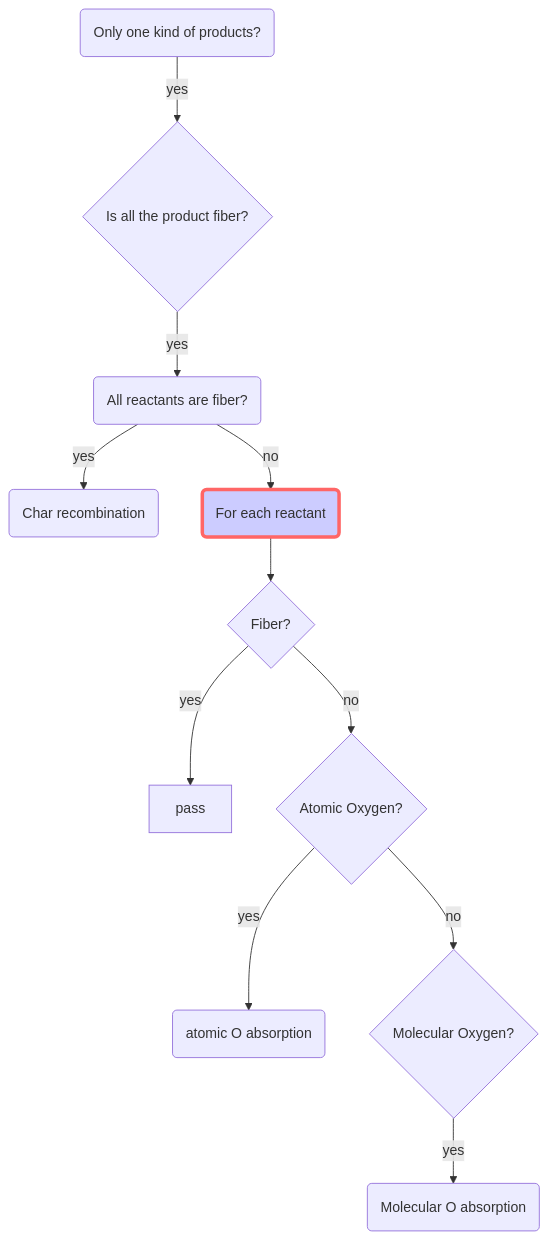
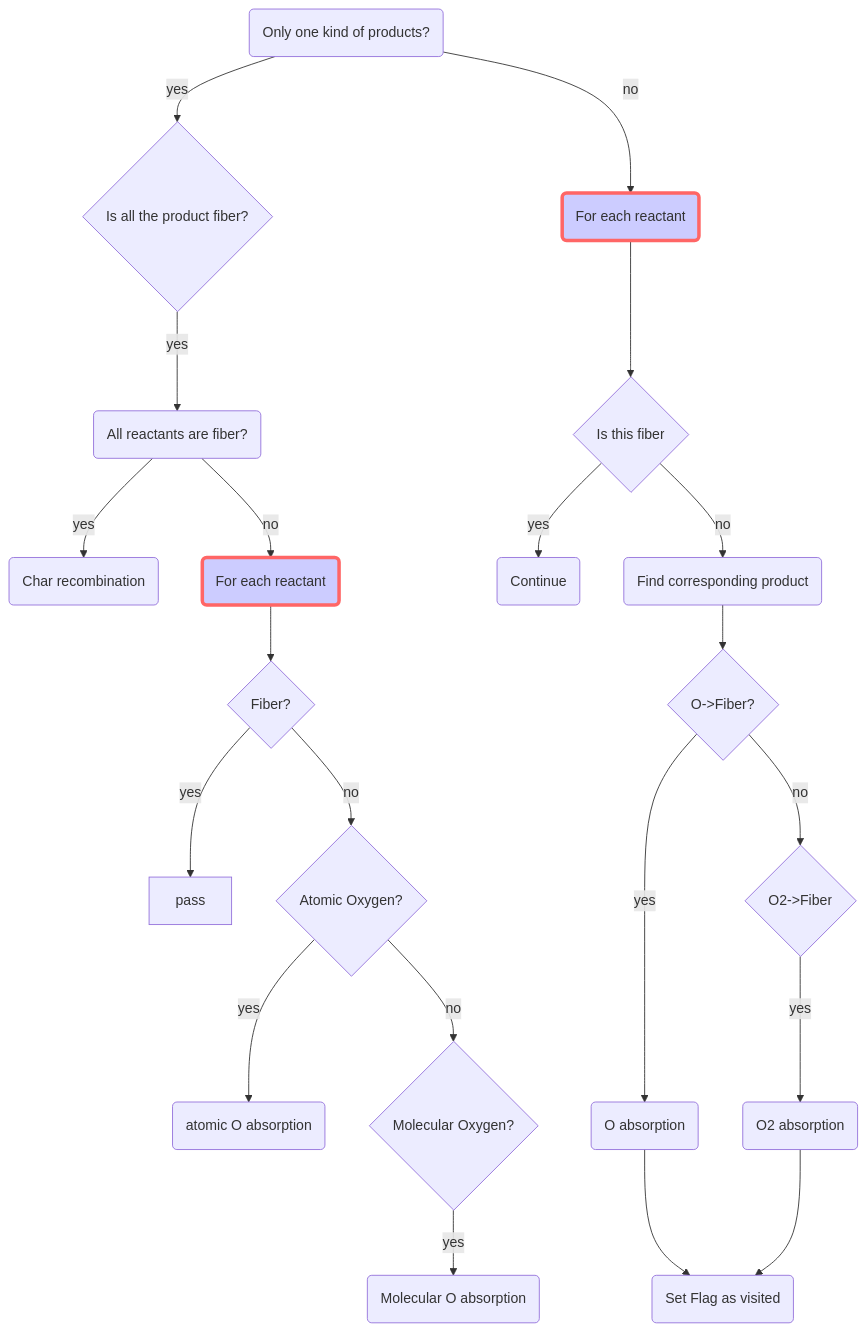
The diagram in content/en/post/ReactionFlowChart.md (MikeShi1993/WebSite), drawn with Mermaid before and after one commit. The commit also changed 8 other files, not shown here.

````diff
--- a/content/en/post/ReactionFlowChart.md
+++ b/content/en/post/ReactionFlowChart.md
@@ -8,25 +8,45 @@
 ```mermaid
 graph TD;
 A(Only one kind of products?)
 B{Is all the product fiber?}
 A-->|yes|B
 C(All reactants are fiber?)
 B-->|yes|C
 D(Char recombination)
 C-->|yes|D
 E(For each reactant)
 style E fill:#ccf,stroke:#f66,stroke-width:4px
 C-->|no|E
 F{Fiber?}
 E-->F
 G[pass]
 F-->|yes|G
 H{Atomic Oxygen?}
 F-->|no|H
 I(atomic O absorption)
 H-->|yes|I
 J{Molecular Oxygen?}
 H-->|no|J
 K(Molecular O absorption)
 J-->|yes|K
+L(For each reactant)
+style L fill:#ccf,stroke:#f66,stroke-width:4px
+A-->|no|L
+M{Is this fiber}
+L-->M
+M-->|yes|N
+N(Continue)
+M-->|no|O
+O(Find corresponding product)
+P{O->Fiber?}
+O-->P
+Q(O absorption)
+P-->|yes|Q
+R(Set Flag as visited)
+Q-->R
+S{O2->Fiber}
+P-->|no|S
+T(O2 absorption)
+S-->|yes|T
+T-->R
 ```
````
